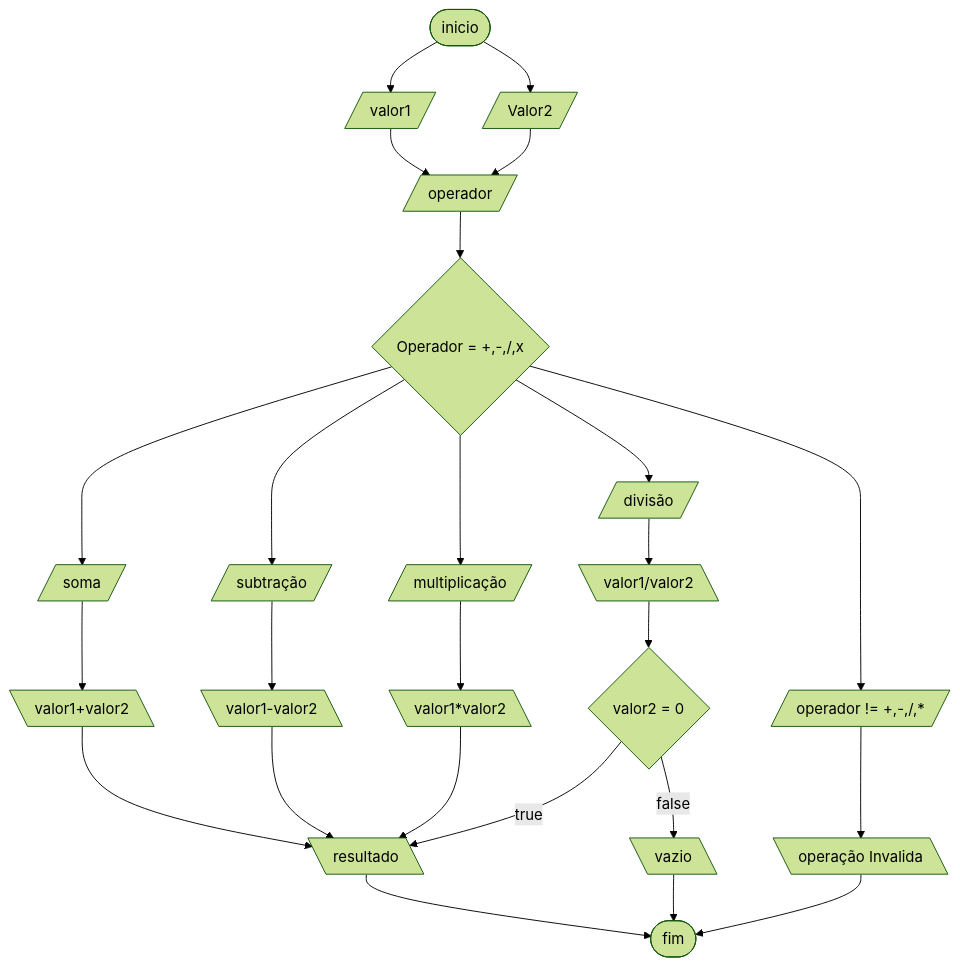
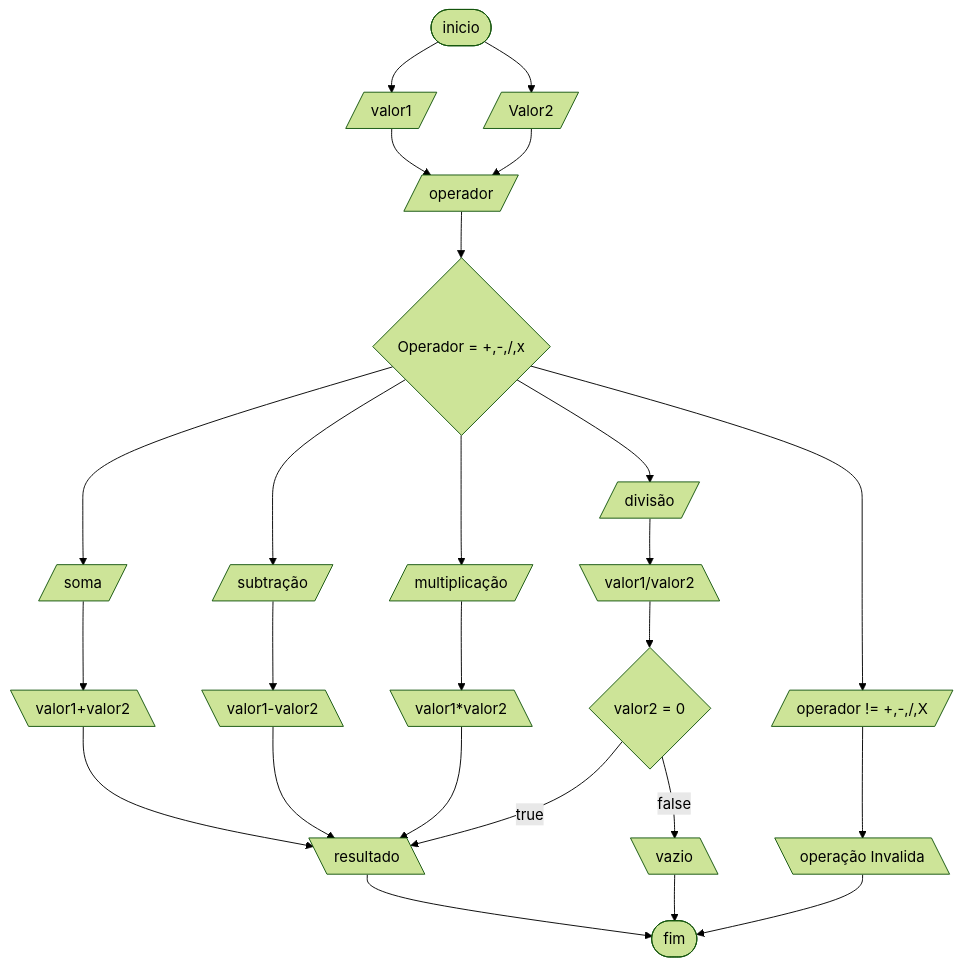
Before and after one commit to jcamauricio2006-boop/mini-projetos: the diagram in calculadoraJS/fluxograma-001.md, drawn with Mermaid (forest theme).

````diff
--- a/calculadoraJS/fluxograma-001.md
+++ b/calculadoraJS/fluxograma-001.md
@@ -2,47 +2,47 @@
 ```mermaid
 graph TD
 A([inicio])
 C[/valor1/]
 D[/Valor2/]
 B([fim])
 E{Operador = +,-,/,x}
 F[/soma/]
 G[/subtração/]
 H[/divisão/]
 I[/multiplicação/]
 J[\operação Invalida\]
 K[\vazio\]
 L[\valor1+valor2\]
 M[\valor1-valor2\]
 N[\valor1*valor2\]
 O[\valor1/valor2\]
 P{valor2 = 0}
 R[\resultado\]
-S[/operador != +,-,/,*/]
+S[/operador != +,-,/,X/]
 T[/operador/]
 
 A--> C
 A--> D
 E--> F
 E --> G
 E--> H
 E --> I
 F--> L
 G-->M
 H-->O
 O-->P
 P --false--> K
 I-->N
 L --> R
 M -->R
 N--> R
 P --true --> R
 E --> S
 S--> J
 C--> T
 D--> T
 R--> B
 T-->E
 K-->B
 J-->B
 ```
````
